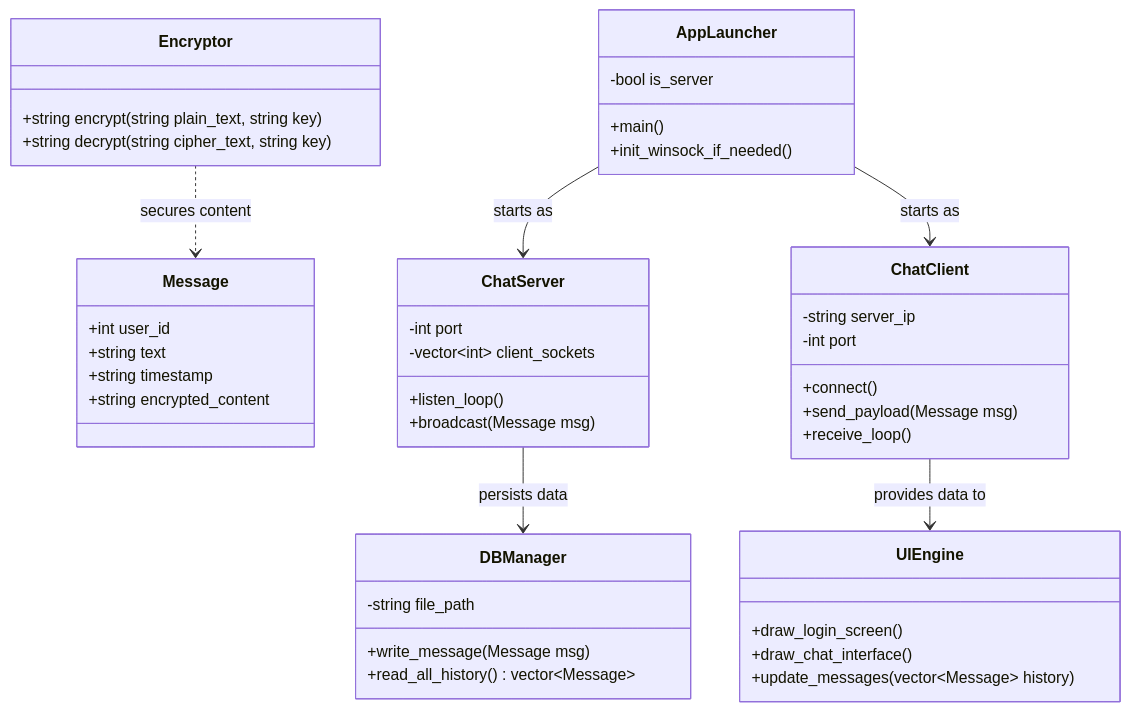
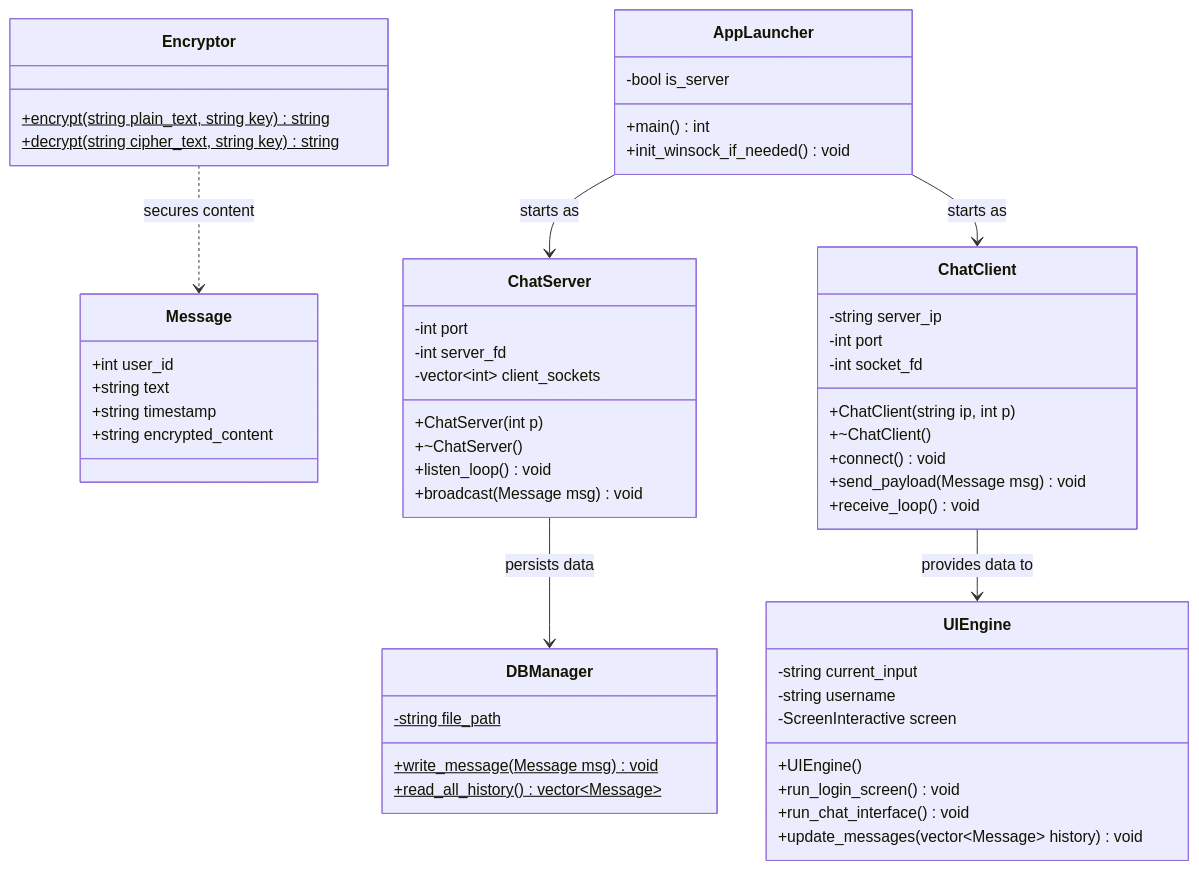
The first of 2 diagrams in README.md (lomon23/broadcast), drawn with Mermaid before and after one commit. The commit also changed other lines of this file and 13 other files, not shown here.

Commit message:
feat(headers): create and initialized all headers file, also update UML class diagram in README, and create base architecture of file

````diff
--- a/README.md
+++ b/README.md
@@ -22,54 +22,64 @@
 ```mermaid
 classDiagram
     class Message {
         +int user_id
         +string text
         +string timestamp
         +string encrypted_content
     }
 
     class DBManager {
-        -string file_path
-        +write_message(Message msg)
-        +read_all_history() vector~Message~
+        -string file_path$
+        +write_message(Message msg)$ void
+        +read_all_history()$ vector~Message~
     }
 
     class Encryptor {
-        +string encrypt(string plain_text, string key)
-        +string decrypt(string cipher_text, string key)
+        +encrypt(string plain_text, string key)$ string
+        +decrypt(string cipher_text, string key)$ string
     }
 
     class ChatServer {
         -int port
+        -int server_fd
         -vector~int~ client_sockets
-        +listen_loop()
-        +broadcast(Message msg)
+        +ChatServer(int p)
+        +~ChatServer()
+        +listen_loop() void
+        +broadcast(Message msg) void
     }
 
     class ChatClient {
         -string server_ip
         -int port
-        +connect()
-        +send_payload(Message msg)
-        +receive_loop()
+        -int socket_fd
+        +ChatClient(string ip, int p)
+        +~ChatClient()
+        +connect() void
+        +send_payload(Message msg) void
+        +receive_loop() void
     }
 
     class UIEngine {
-        +draw_login_screen()
-        +draw_chat_interface()
-        +update_messages(vector~Message~ history)
+        -string current_input
+        -string username
+        -ScreenInteractive screen
+        +UIEngine()
+        +run_login_screen() void
+        +run_chat_interface() void
+        +update_messages(vector~Message~ history) void
     }
 
     class AppLauncher {
-        +main()
         -bool is_server
-        +init_winsock_if_needed()
+        +main() int
+        +init_winsock_if_needed() void
     }
 
     AppLauncher --> ChatServer : starts as
     AppLauncher --> ChatClient : starts as
     ChatClient --> UIEngine : provides data to
     ChatServer --> DBManager : persists data
     Encryptor ..> Message : secures content
 
 ```
````
